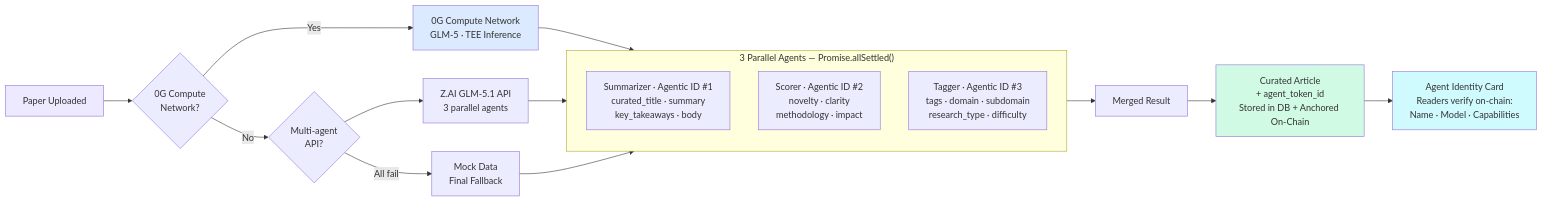
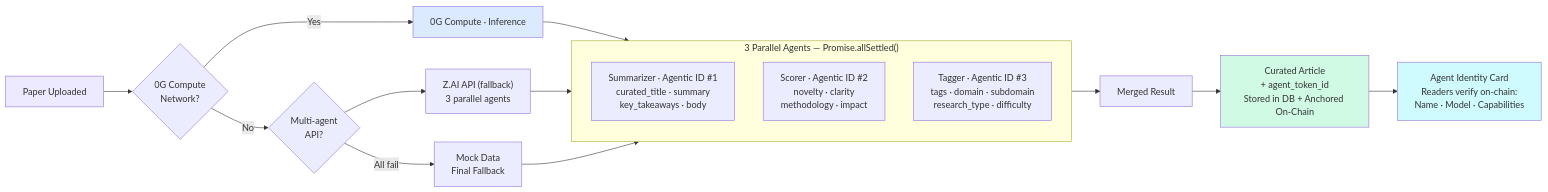
One commit to dwlpra/rumah-peneliti changed the third of 5 diagrams in README.md. Above: the diagram before and after it, drawn with Mermaid. The commit also changed other lines of this file, not shown here.

Commit message:
fix: remove GLM-5 and TEE references — model is dynamic from 0G Compute network

````diff
--- a/README.md
+++ b/README.md
@@ -286,30 +286,30 @@
 ```mermaid
 flowchart LR
     A[Paper Uploaded] --> B{0G Compute<br/>Network?}
-    B -->|Yes| C[0G Compute Network<br/>GLM-5 · TEE Inference]
+    B -->|Yes| C[0G Compute · Inference]
     B -->|No| D{Multi-agent<br/>API?}
 
-    D --> E["Z.AI GLM-5.1 API<br/>3 parallel agents"]
+    D --> E["Z.AI API (fallback)<br/>3 parallel agents"]
     D -->|All fail| F[Mock Data<br/>Final Fallback]
 
     C --> G
     E --> G
     F --> G
 
     subgraph G["3 Parallel Agents — Promise.allSettled()"]
         direction TB
         S["Summarizer · Agentic ID #1<br/>curated_title · summary<br/>key_takeaways · body"]
         SC["Scorer · Agentic ID #2<br/>novelty · clarity<br/>methodology · impact"]
         T["Tagger · Agentic ID #3<br/>tags · domain · subdomain<br/>research_type · difficulty"]
     end
 
     G --> J[Merged Result]
     J --> K["Curated Article<br/>+ agent_token_id<br/>Stored in DB + Anchored On-Chain"]
 
     K --> L["Agent Identity Card<br/>Readers verify on-chain:<br/>Name · Model · Capabilities"]
 
     style A fill:#ede9fe,color:#333
     style C fill:#dbeafe,color:#333
     style K fill:#d1fae5,color:#333
     style L fill:#cffafe,color:#333
 ```
````
